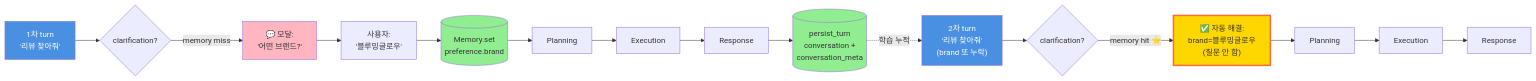
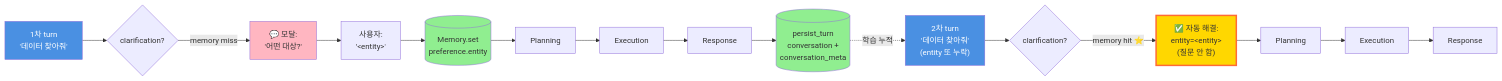
The ninth of 10 diagrams in docs/agent_specs/erd_database.md (gobokuku82/beta_narutalk), drawn with Mermaid before and after one commit. The commit also changed other lines of this file and 40 other files, not shown here.

````diff
--- a/docs/agent_specs/erd_database.md
+++ b/docs/agent_specs/erd_database.md
@@ -355,26 +355,27 @@
 ```mermaid
 graph LR
-    Q1["1차 turn<br/>'리뷰 찾아줘'"] --> Clar1{"clarification?"}
-    Clar1 -->|memory miss| Ask1["💬 모달:<br/>'어떤 브랜드?'"]
-    Ask1 --> Ans1["사용자:<br/>'블루밍글로우'"]
-    Ans1 --> Mem1[("Memory.set<br/>preference.brand")]
+    Q1["1차 turn<br/>'데이터 찾아줘'"] --> Clar1{"clarification?"}
+    Clar1 -->|memory miss| Ask1["💬 모달:<br/>'어떤 대상?'"]
+    Ans1["사용자:<br/>'&lt;entity&gt;'"]
+    Ask1 --> Ans1
+    Ans1 --> Mem1[("Memory.set<br/>preference.entity")]
     Mem1 --> Plan1[Planning]
     Plan1 --> Exec1[Execution]
     Exec1 --> Resp1[Response]
     Resp1 --> PT1[("persist_turn<br/>conversation +<br/>conversation_meta")]
 
     PT1 -.학습 누적.-> Q2
 
-    Q2["2차 turn<br/>'리뷰 찾아줘'<br/>(brand 또 누락)"] --> Clar2{"clarification?"}
-    Clar2 -->|memory hit ⭐| AutoResolve["✅ 자동 해결:<br/>brand=블루밍글로우<br/>(질문 안 함)"]
+    Q2["2차 turn<br/>'데이터 찾아줘'<br/>(entity 또 누락)"] --> Clar2{"clarification?"}
+    Clar2 -->|memory hit ⭐| AutoResolve["✅ 자동 해결:<br/>entity=&lt;entity&gt;<br/>(질문 안 함)"]
     AutoResolve --> Plan2[Planning]
     Plan2 --> Exec2[Execution]
     Exec2 --> Resp2[Response]
 
     style Q1 fill:#4a90e2,color:#fff
     style Q2 fill:#4a90e2,color:#fff
     style Mem1 fill:#90ee90
     style PT1 fill:#90ee90
     style AutoResolve fill:#ffd700,stroke:#ff6b35,stroke-width:3px
     style Ask1 fill:#ffb6c1
 ```
````
